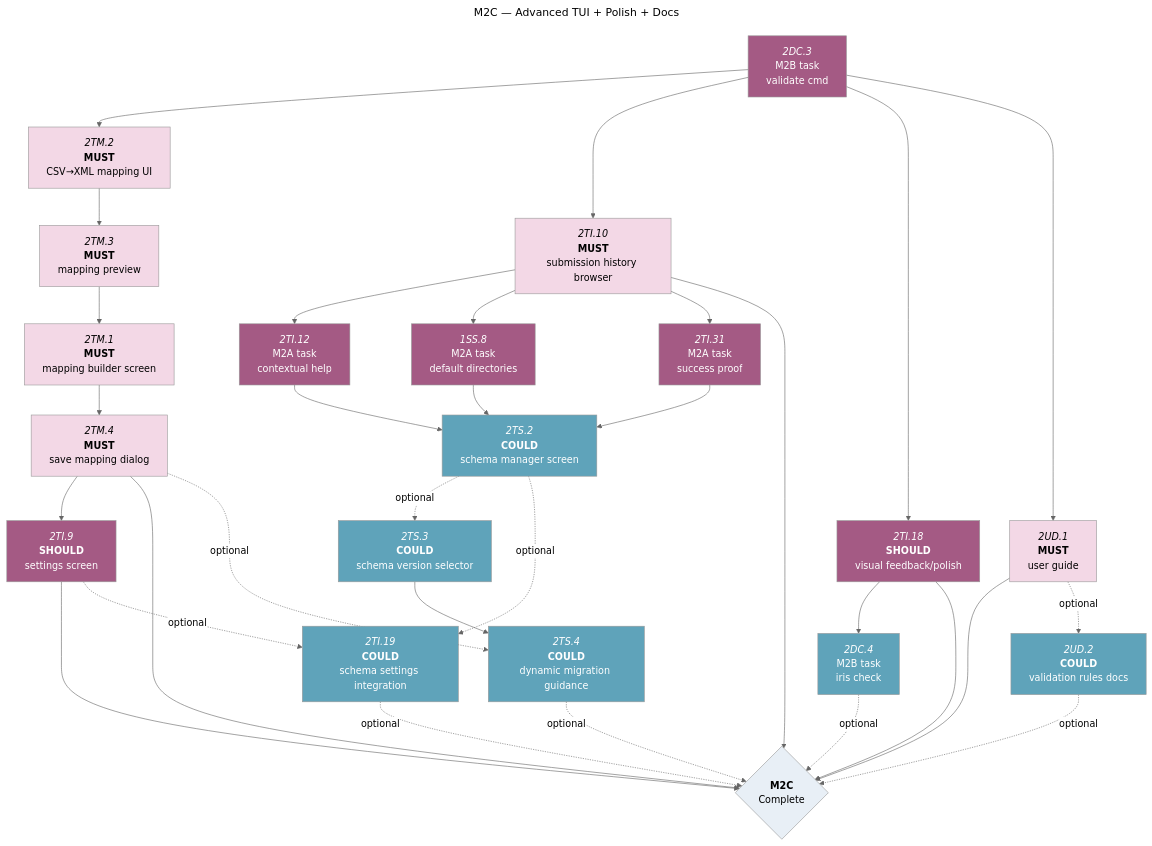
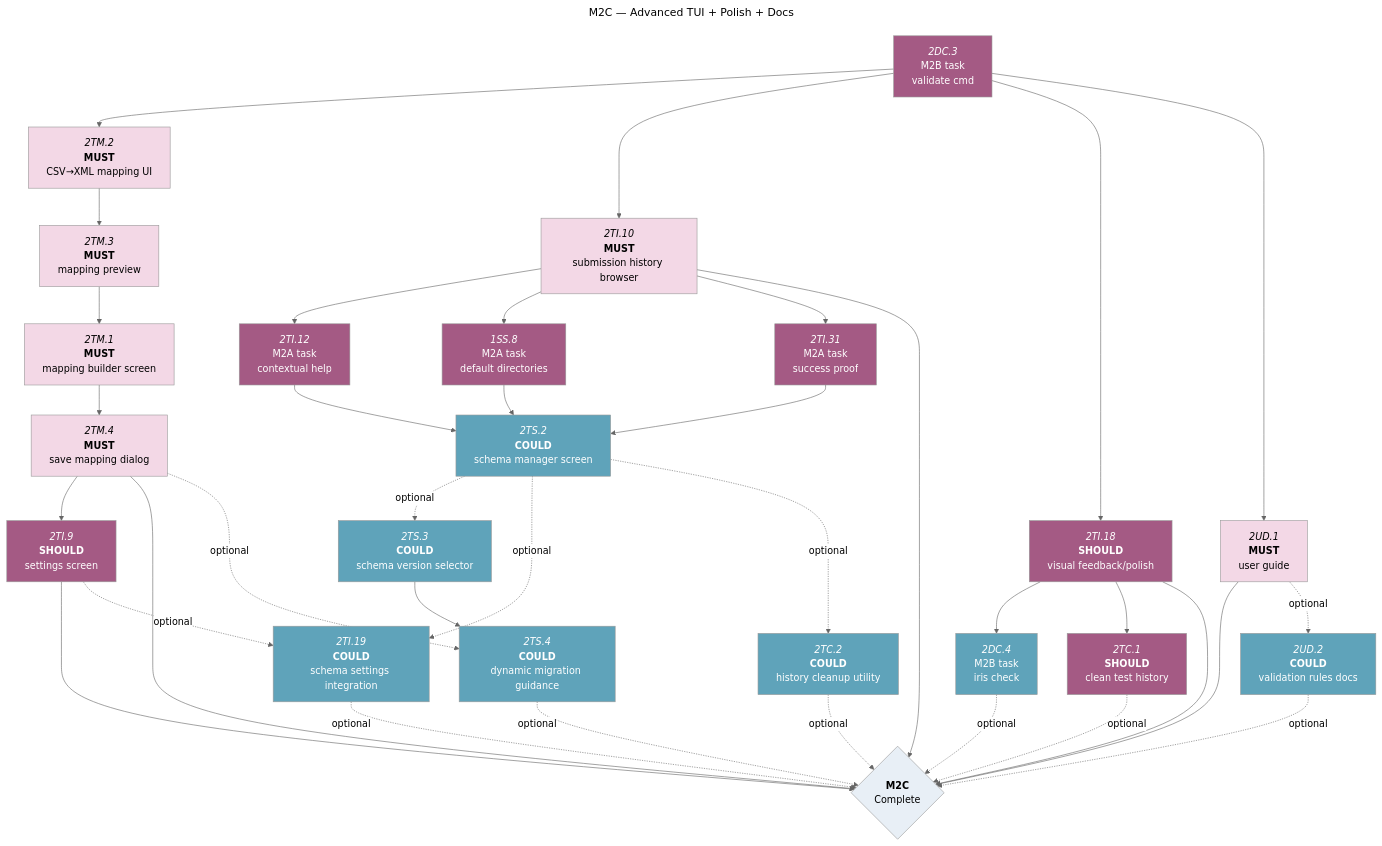
The fourth of 5 diagrams in docs/roadmaps/phase-1-mvp-features.md (foundersandcoders/iris), drawn with Mermaid (neutral theme) before and after one commit. The commit also changed other lines of this file, not shown here.

Commit message:
docs: add new tasks to roadmap

````diff
--- a/docs/roadmaps/phase-1-mvp-features.md
+++ b/docs/roadmaps/phase-1-mvp-features.md
@@ -252,51 +252,53 @@
 ```mermaid
 ---
 title: M2C — Advanced TUI + Polish + Docs
 ---
 graph TD
 
 2DC.3["`*2DC.3*<br/>M2B task<br/>validate cmd`"]:::should-blocked
 
 2DC.3 --> 2TM.2 & 2TI.10 & 2TI.18 & 2UD.1
 
 2TM.2["`*2TM.2*<br/>**MUST**<br/>CSV→XML mapping UI`"]:::must-blocked --> 2TM.3
 2TM.3["`*2TM.3*<br/>**MUST**<br/>mapping preview`"]:::must-blocked --> 2TM.1
 2TM.1["`*2TM.1*<br/>**MUST**<br/>mapping builder screen`"]:::must-blocked --> 2TM.4
 2TM.4["`*2TM.4*<br/>**MUST**<br/>save mapping dialog`"]:::must-blocked --> 2TI.9
 
 2TI.9["`*2TI.9*<br/>**SHOULD**<br/>settings screen`"]:::should-blocked
 
 2TI.10["`*2TI.10*<br/>**MUST**<br/>submission history browser`"]:::must-blocked
 2TI.18["`*2TI.18*<br/>**SHOULD**<br/>visual feedback/polish`"]:::should-blocked
+2TC.1["`*2TC.1*<br/>**SHOULD**<br/>clean test history`"]:::should-blocked
 2UD.1["`*2UD.1*<br/>**MUST**<br/>user guide`"]:::must-blocked
 2UD.2["`*2UD.2*<br/>**COULD**<br/>validation rules docs`"]:::could-blocked
+2TC.2["`*2TC.2*<br/>**COULD**<br/>history cleanup utility`"]:::could-blocked
 
 2TI.12["`*2TI.12*<br/>M2A task<br/>contextual help`"]:::should-blocked
 1SS.8["`*1SS.8*<br/>M2A task<br/>default directories`"]:::should-blocked
 2TI.31["`*2TI.31*<br/>M2A task<br/>success proof`"]:::should-blocked
 2TS.2["`*2TS.2*<br/>**COULD**<br/>schema manager screen`"]:::could-blocked
 2TS.3["`*2TS.3*<br/>**COULD**<br/>schema version selector`"]:::could-blocked --> 2TS.4
 2TS.4["`*2TS.4*<br/>**COULD**<br/>dynamic migration guidance`"]:::could-blocked
 2TI.19["`*2TI.19*<br/>**COULD**<br/>schema settings integration`"]:::could-blocked
 
 2DC.4["`*2DC.4*<br/>M2B task<br/>iris check`"]:::could-blocked
 
 %% Required dependencies %%
 2TI.10 --> 2TI.12 & 1SS.8 & 2TI.31
 2TI.12 & 1SS.8 & 2TI.31 --> 2TS.2
-2TI.18 --> 2DC.4
+2TI.18 --> 2DC.4 & 2TC.1
 2TI.9 & 2TI.10 & 2TI.18 & 2UD.1 & 2TM.4 --> phase1
 phase1{"`**M2C**<br/>Complete`"}:::mile
 
 %% Optional dependencies %%
 2UD.1 -.->|optional| 2UD.2
 2TI.9 -.->|optional| 2TI.19
 2TM.4 -.->|optional| 2TS.4
-2TS.2 -.->|optional| 2TS.3 & 2TI.19
-2TI.19 & 2TS.4 & 2UD.2 & 2DC.4 -.->|optional| phase1
+2TS.2 -.->|optional| 2TS.3 & 2TI.19 & 2TC.2
+2TI.19 & 2TS.4 & 2UD.2 & 2DC.4 & 2TC.1 & 2TC.2 -.->|optional| phase1
 
 classDef must-blocked fill:#F3D8E6,color:#000;
 classDef should-blocked fill:#A45A84,color:#fff;
 classDef could-blocked fill:#5FA3BA,color:#fff;
 classDef mile fill:#E8EFF6,color:#000;
 ```
````
